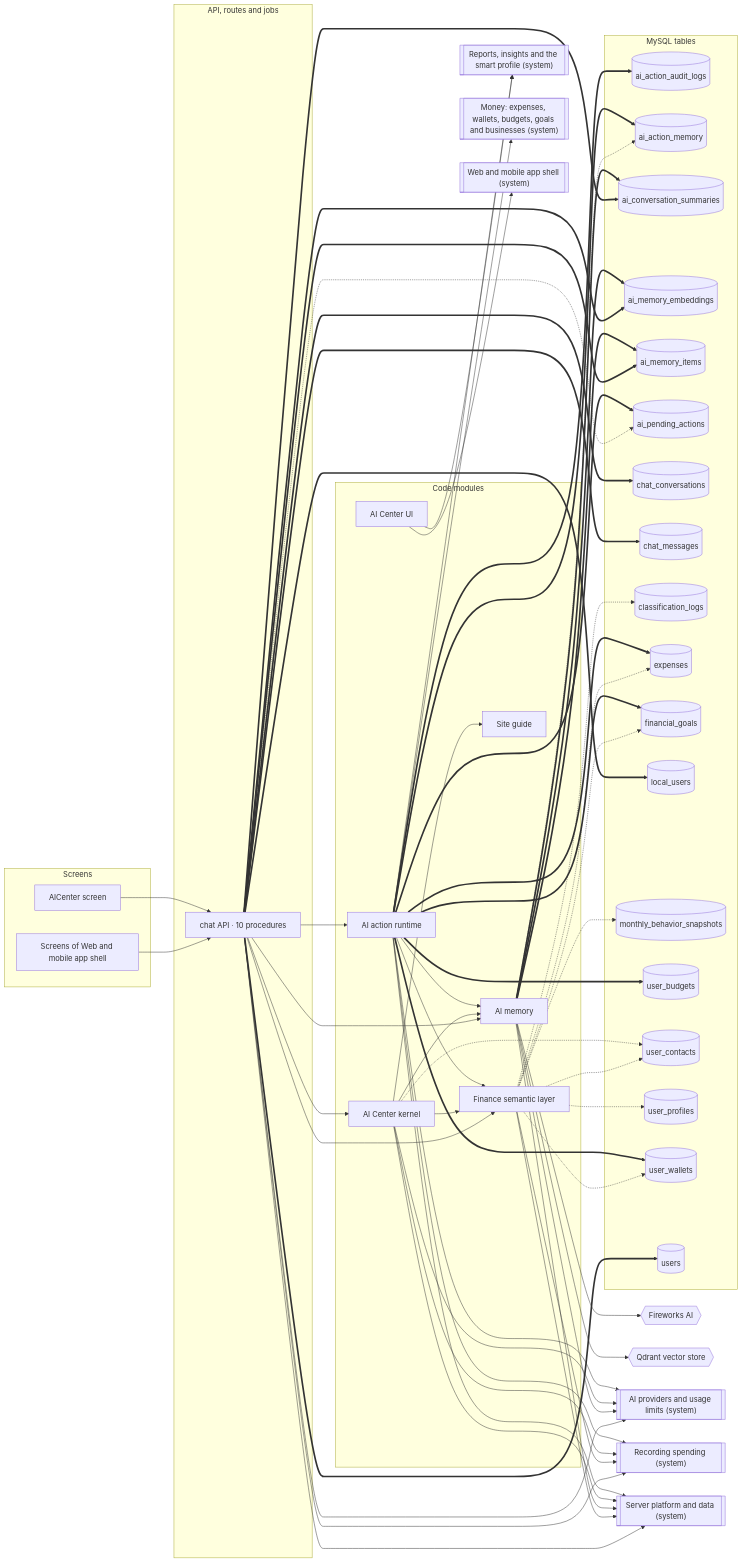
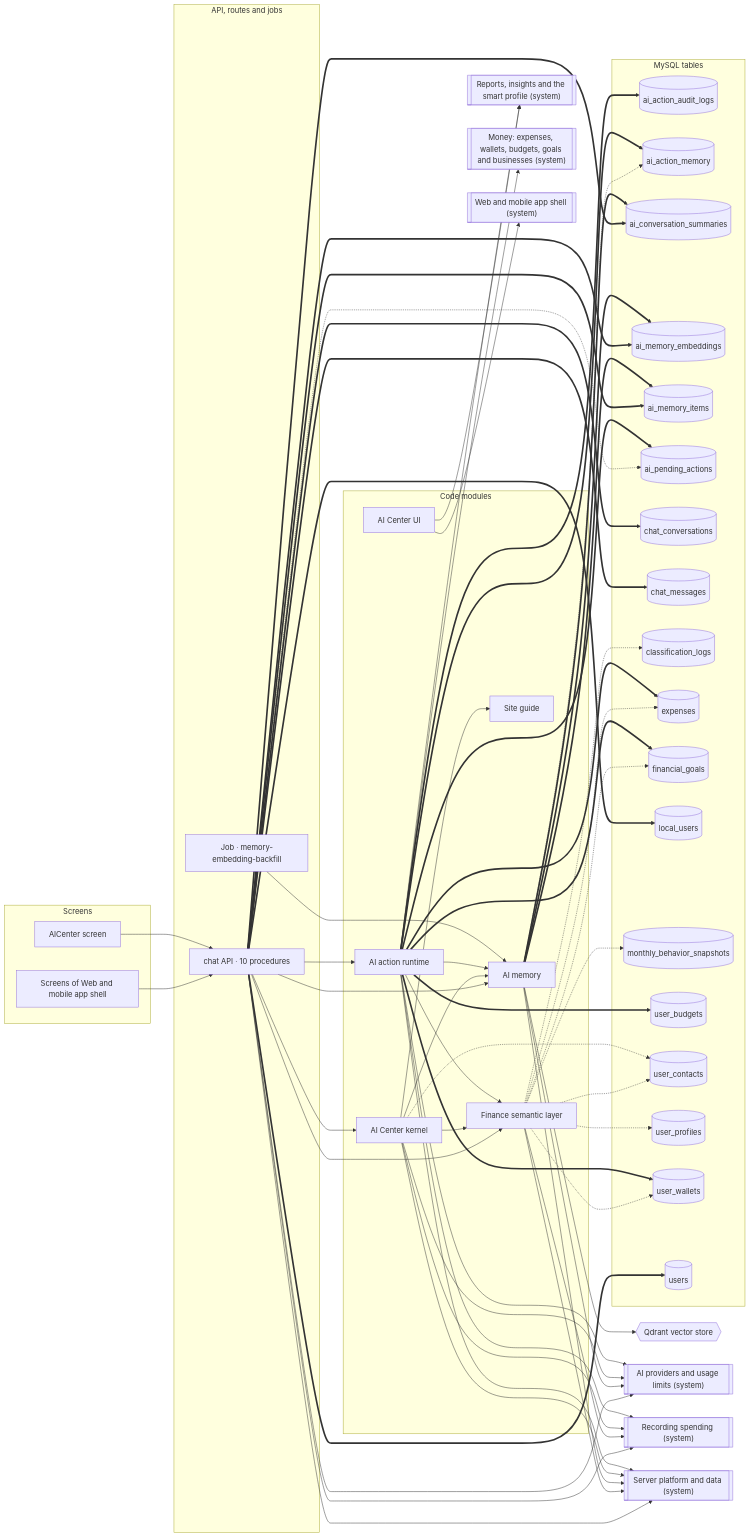
Before and after one commit to mahmoudtaherr111/smartspend_mini_all: the first of 2 diagrams in docs/atlas/systems/ai-center.md, drawn with Mermaid. The commit also changed other lines of this file and 45 other files, not shown here.

```diff
--- a/docs/atlas/systems/ai-center.md
+++ b/docs/atlas/systems/ai-center.md
@@ -17,6 +17,7 @@
     screens_web_app["Screens of Web and mobile app shell"]
   end
   subgraph g_api["API, routes and jobs"]
+    job_memory_embedding_backfill["Job · memory-embedding-backfill"]
     router_chat["chat API · 10 procedures"]
   end
   subgraph g_modules["Code modules"]
@@ -47,7 +48,6 @@
     tbl_user_wallets[("user_wallets")]
     tbl_users[("users")]
   end
-  ext_fireworks{{"Fireworks AI"}}
   ext_qdrant{{"Qdrant vector store"}}
   sys_ai_platform[["AI providers and usage limits (system)"]]
   sys_expense_capture[["Recording spending (system)"]]
@@ -55,6 +55,7 @@
   sys_money[["Money: expenses, wallets, budgets, goals and businesses (system)"]]
   sys_platform[["Server platform and data (system)"]]
   sys_web_app[["Web and mobile app shell (system)"]]
+  job_memory_embedding_backfill --> mod_ai_memory
   mod_ai_actions --> mod_ai_memory
   mod_ai_actions --> mod_finance_semantic_layer
   mod_ai_actions --> sys_ai_platform
@@ -76,7 +77,6 @@
   mod_ai_kernel --> sys_expense_capture
   mod_ai_kernel --> sys_platform
   mod_ai_kernel -.-> tbl_user_contacts
-  mod_ai_memory --> ext_fireworks
   mod_ai_memory --> ext_qdrant
   mod_ai_memory --> sys_ai_platform
   mod_ai_memory --> sys_platform
```
